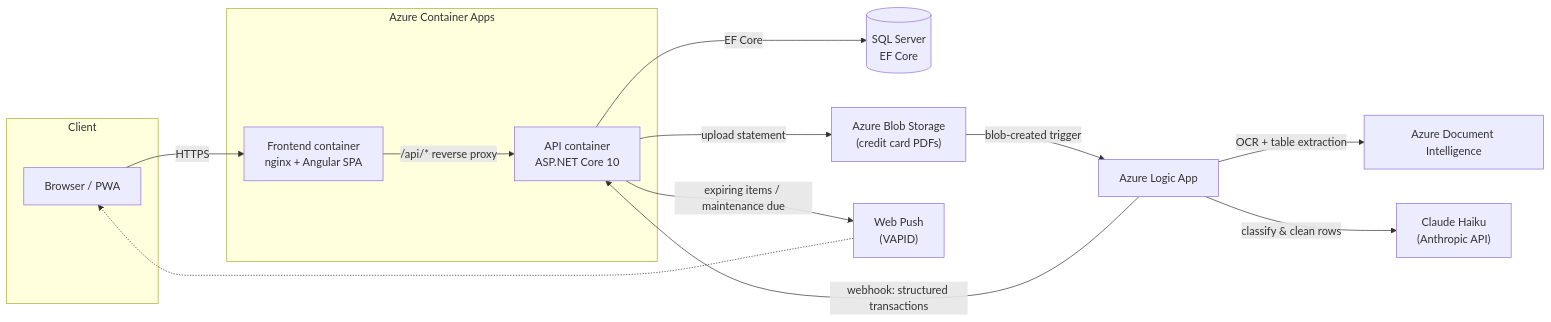
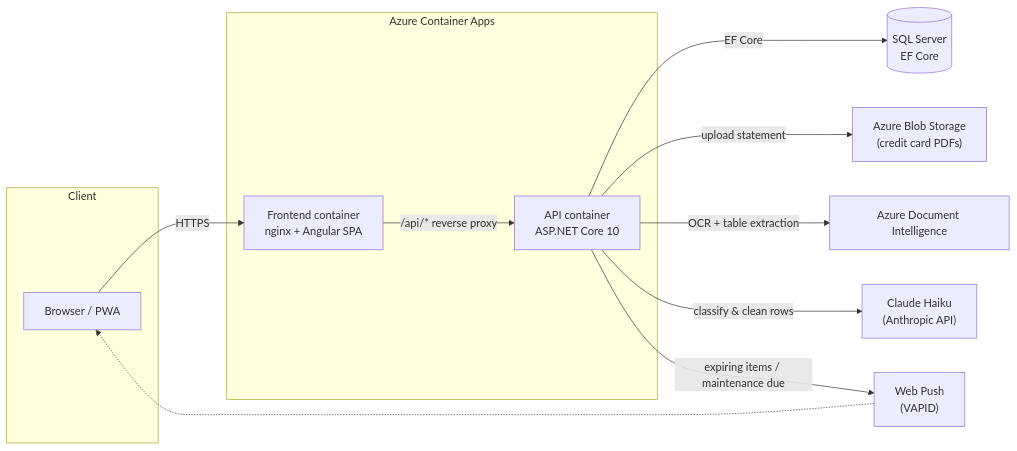
The diagram in README.md (ccassob/personal-assistant), drawn with Mermaid before and after one commit. The commit also changed other lines of this file and 25 other files, not shown here.

````diff
--- a/README.md
+++ b/README.md
@@ -34,29 +34,26 @@
 ```mermaid
 flowchart LR
     subgraph Client
         Browser["Browser / PWA"]
     end
 
     subgraph "Azure Container Apps"
         FE["Frontend container\nnginx + Angular SPA"]
         API["API container\nASP.NET Core 10"]
     end
 
     DB[("SQL Server\nEF Core")]
     Blob["Azure Blob Storage\n(credit card PDFs)"]
-    Logic["Azure Logic App"]
     DocAI["Azure Document Intelligence"]
     Claude["Claude Haiku\n(Anthropic API)"]
     Push["Web Push\n(VAPID)"]
 
     Browser -- "HTTPS" --> FE
     FE -- "/api/* reverse proxy" --> API
     API -- "EF Core" --> DB
     API -- "upload statement" --> Blob
-    Blob -- "blob-created trigger" --> Logic
-    Logic -- "OCR + table extraction" --> DocAI
-    Logic -- "classify & clean rows" --> Claude
-    Logic -- "webhook: structured transactions" --> API
+    API -- "OCR + table extraction" --> DocAI
+    API -- "classify & clean rows" --> Claude
     API -- "expiring items / maintenance due" --> Push
     Push -.-> Browser
 ```
````
